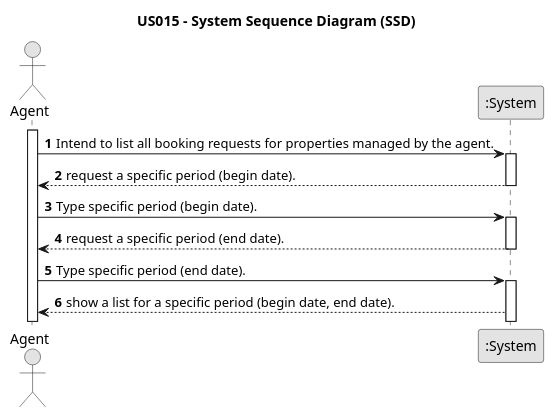
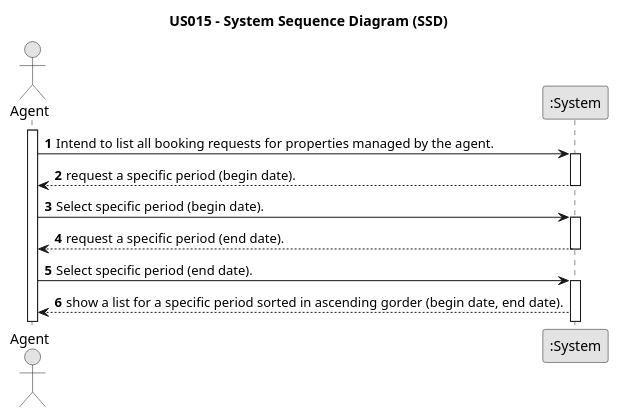
Before and after one commit to 1220812/LAPR2: the diagram in docs/sprintD/us015/01.requirements-engineering/puml/us015-system-sequence-diagram.puml, drawn with PlantUML. The commit also changed 9 other files, not shown here.

```diff
--- a/docs/sprintD/us015/01.requirements-engineering/puml/us015-system-sequence-diagram.puml
+++ b/docs/sprintD/us015/01.requirements-engineering/puml/us015-system-sequence-diagram.puml
@@ -1,37 +1,37 @@
 @startuml
 skinparam monochrome true
 skinparam packageStyle rectangle
 skinparam shadowing false
 
 title US015 - System Sequence Diagram (SSD)
 
 autonumber
 
 actor "Agent" as Agent
 participant ":System" as System
 
 activate Agent
 
 Agent -> System : Intend to list all booking requests for properties managed by the agent.
 activate System
 
 "System" --> Agent: request a specific period (begin date).
 
 deactivate System
 
-Agent -> System : Type specific period (begin date).
+Agent -> System : Select specific period (begin date).
 activate System
 
 "System" --> Agent: request a specific period (end date).
 
 deactivate System
 
-Agent -> System : Type specific period (end date).
+Agent -> System : Select specific period (end date).
 activate System
 
 
-"System" --> Agent : show a list for a specific period (begin date, end date).
+"System" --> Agent : show a list for a specific period sorted in ascending gorder (begin date, end date).
 
 
 
 @enduml
```
